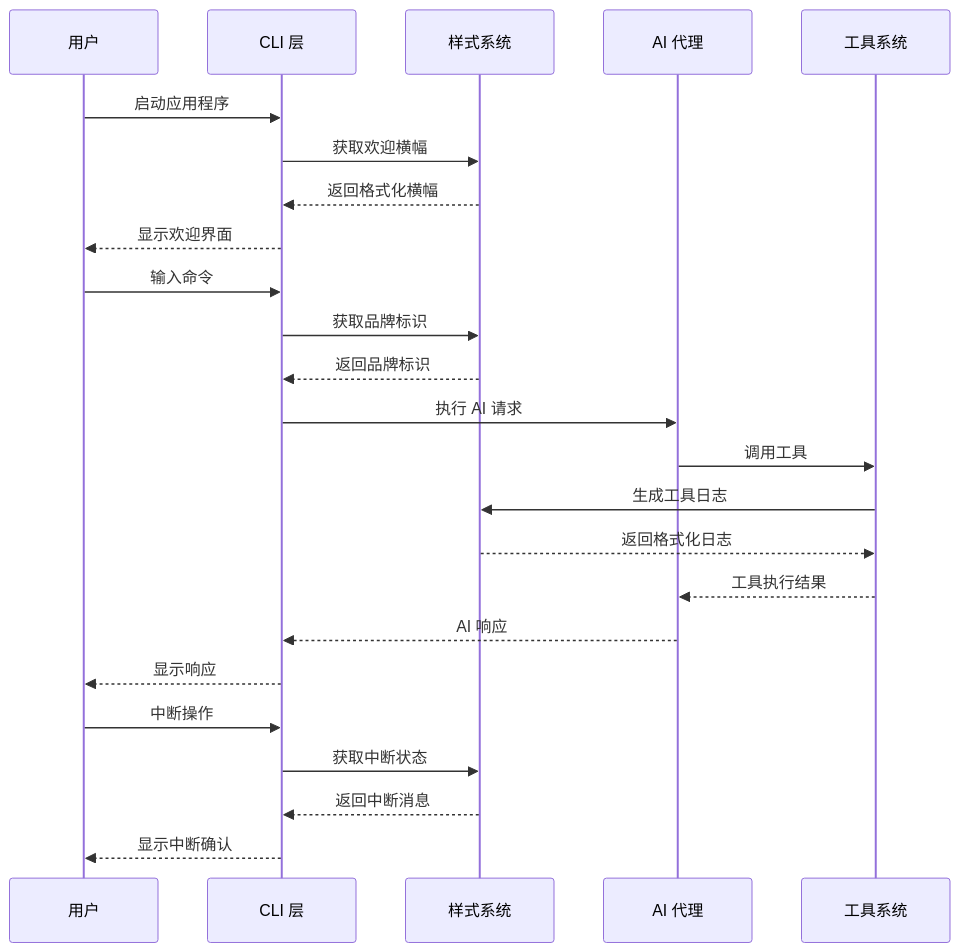
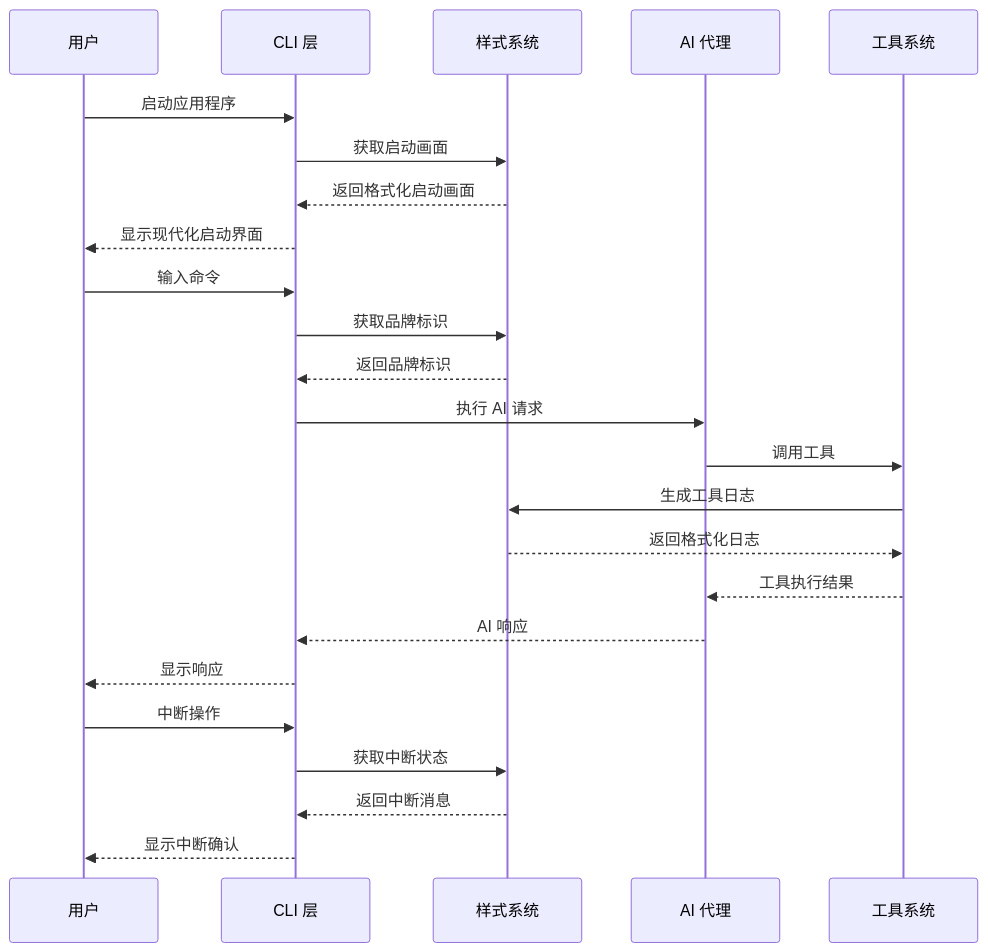
Before and after one commit to HAOFUYANG/onion-code: the second of 7 diagrams in .qoder/repowiki/zh/content/核心代理系统/样式系统.md, drawn with Mermaid. The commit also changed other lines of this file and 3 other files, not shown here.

````diff
--- a/.qoder/repowiki/zh/content/核心代理系统/样式系统.md
+++ b/.qoder/repowiki/zh/content/核心代理系统/样式系统.md
@@ -121,26 +133,26 @@
 ```mermaid
 sequenceDiagram
 participant User as 用户
 participant CLI as CLI 层
 participant Style as 样式系统
 participant Agent as AI 代理
 participant Tools as 工具系统
 User->>CLI : 启动应用程序
-CLI->>Style : 获取欢迎横幅
-Style-->>CLI : 返回格式化横幅
-CLI-->>User : 显示欢迎界面
+CLI->>Style : 获取启动画面
+Style-->>CLI : 返回格式化启动画面
+CLI-->>User : 显示现代化启动界面
 User->>CLI : 输入命令
 CLI->>Style : 获取品牌标识
 Style-->>CLI : 返回品牌标识
 CLI->>Agent : 执行 AI 请求
 Agent->>Tools : 调用工具
 Tools->>Style : 生成工具日志
 Style-->>Tools : 返回格式化日志
 Tools-->>Agent : 工具执行结果
 Agent-->>CLI : AI 响应
 CLI-->>User : 显示响应
 User->>CLI : 中断操作
 CLI->>Style : 获取中断状态
 Style-->>CLI : 返回中断消息
 CLI-->>User : 显示中断确认
 ```
````
